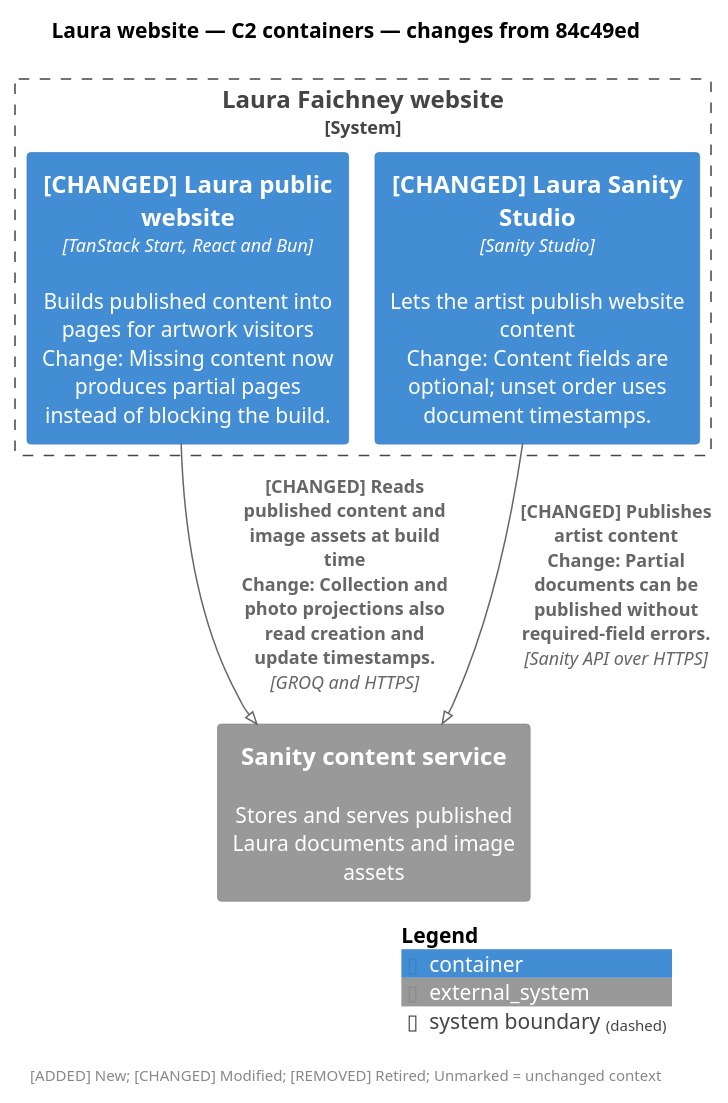
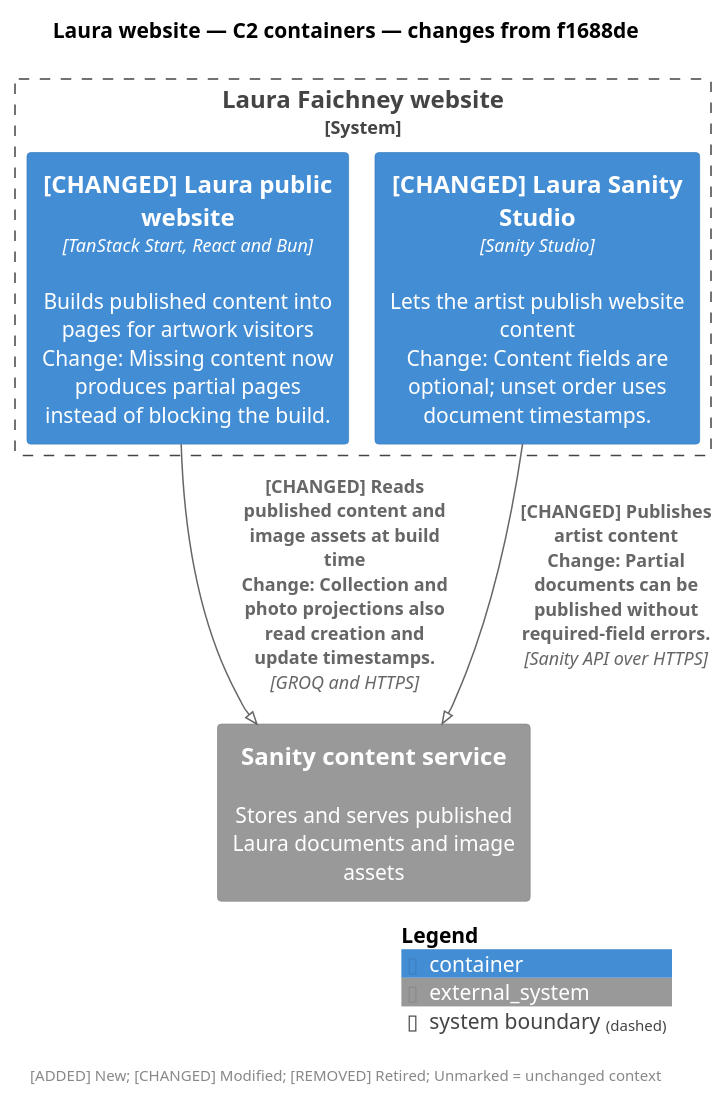
One commit to szabototo89/woodbrook-residents changed the diagram in docs/handoffs/laura-optional-sanity-content/assets/c2-containers.puml. Above: the diagram before and after it, drawn with PlantUML. The commit also changed 11 other files, not shown here.

```diff
--- a/docs/handoffs/laura-optional-sanity-content/assets/c2-containers.puml
+++ b/docs/handoffs/laura-optional-sanity-content/assets/c2-containers.puml
@@ -2,20 +2,20 @@
 @startuml
 !pragma layout smetana
 !include <C4/C4_Container>
 LAYOUT_TOP_DOWN()
 skinparam defaultFontName SansSerif
 skinparam nodesep 45
 skinparam ranksep 45
-title Laura website — C2 containers — changes from 84c49ed
+title Laura website — C2 containers — changes from f1688de
 
 System_Ext(laura_sanity, "Sanity content service", "Stores and serves published Laura documents and image assets")
 System_Boundary(laura_site, "Laura Faichney website") {
   Container(laura_web, "[CHANGED] Laura public website", "TanStack Start, React and Bun", "Builds published content into pages for artwork visitors\nChange: Missing content now produces partial pages instead of blocking the build.")
   Container(laura_studio, "[CHANGED] Laura Sanity Studio", "Sanity Studio", "Lets the artist publish website content\nChange: Content fields are optional; unset order uses document timestamps.")
 }
 
 Rel(laura_web, laura_sanity, "[CHANGED] Reads published content and image assets at build time\nChange: Collection and photo projections also read creation and update timestamps.", "GROQ and HTTPS")
 Rel(laura_studio, laura_sanity, "[CHANGED] Publishes artist content\nChange: Partial documents can be published without required-field errors.", "Sanity API over HTTPS")
 SHOW_LEGEND()
 footer [ADDED] New; [CHANGED] Modified; [REMOVED] Retired; Unmarked = unchanged context
 @enduml
```
